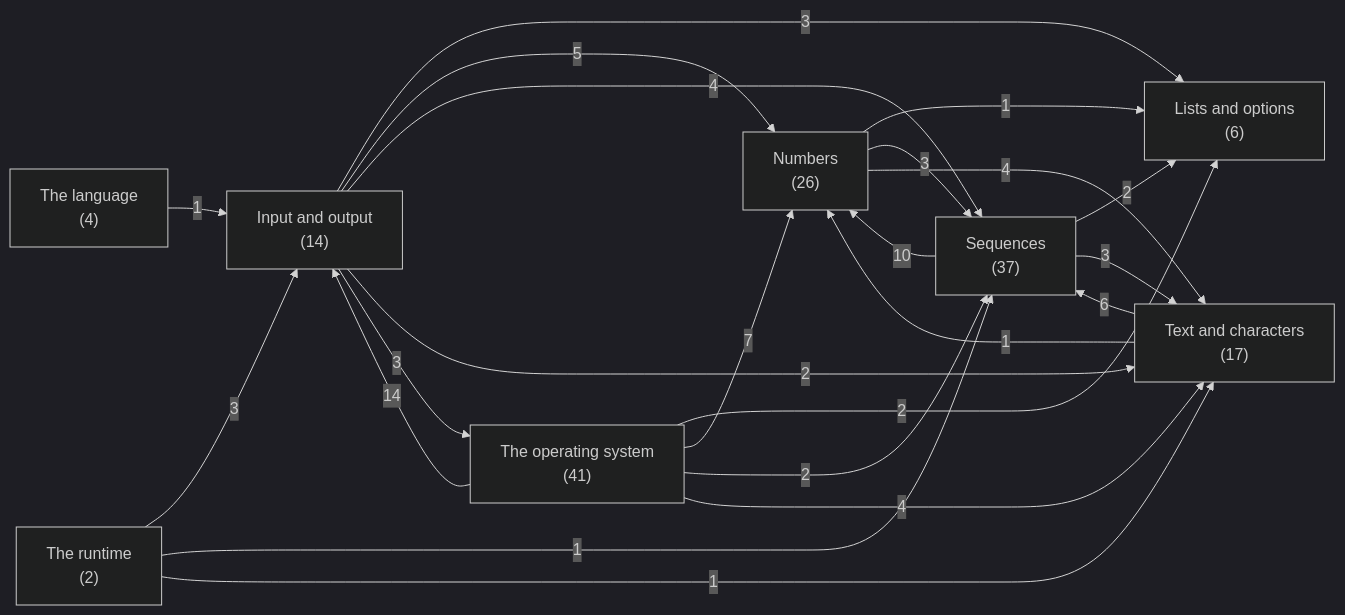
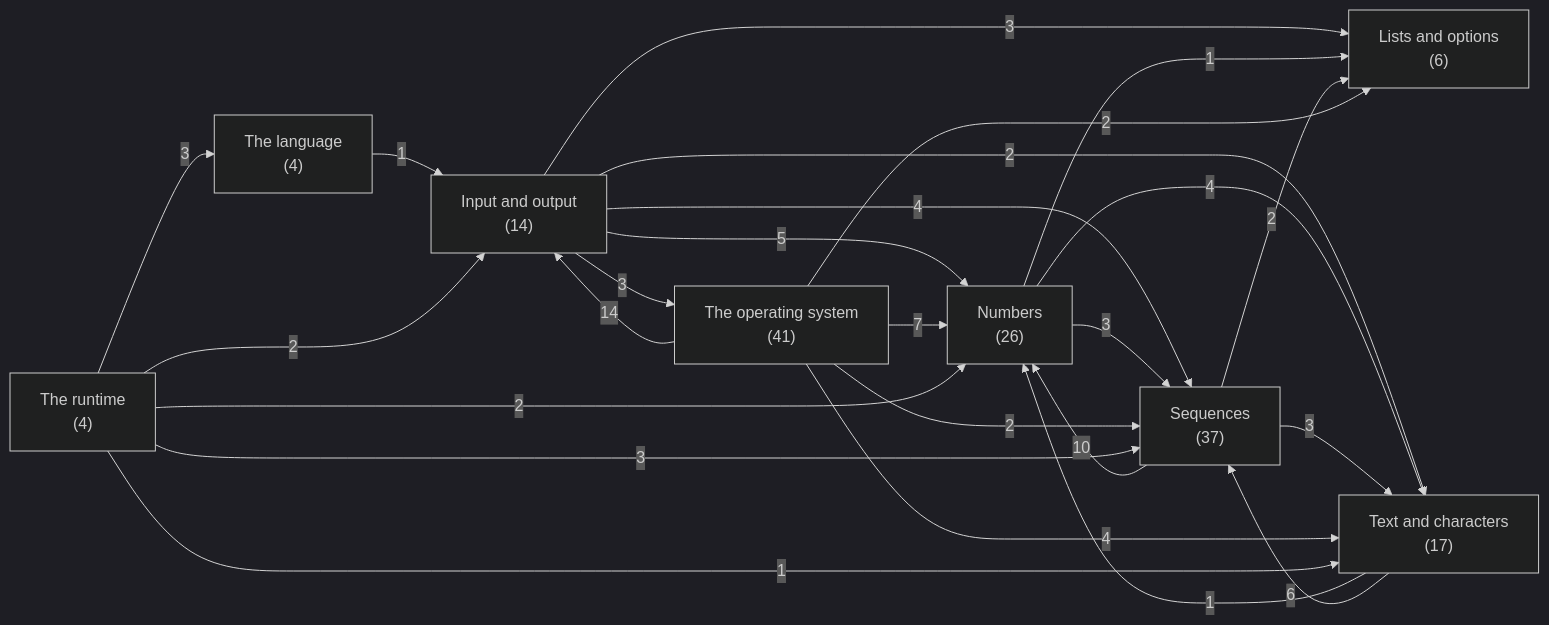
One commit to ruudkoot/rune changed the first of 9 diagrams in docs/generated/basis/depends.md. Above: the diagram before and after it, drawn with Mermaid (dark theme). The commit also changed other lines of this file and 128 other files, not shown here.

````diff
--- a/docs/generated/basis/depends.md
+++ b/docs/generated/basis/depends.md
@@ -24,33 +24,35 @@
 ```mermaid
 flowchart LR
   a0["The language<br>(4)"]
   a1["Text and characters<br>(17)"]
   a2["Lists and options<br>(6)"]
   a3["Numbers<br>(26)"]
   a4["Sequences<br>(37)"]
   a5["The operating system<br>(41)"]
   a6["Input and output<br>(14)"]
-  a7["The runtime<br>(2)"]
+  a7["The runtime<br>(4)"]
   a6 -- 3 --> a2
   a6 -- 5 --> a3
   a6 -- 4 --> a4
   a6 -- 2 --> a1
   a6 -- 3 --> a5
   a3 -- 1 --> a2
   a3 -- 3 --> a4
   a3 -- 4 --> a1
   a4 -- 2 --> a2
   a4 -- 10 --> a3
   a4 -- 3 --> a1
   a1 -- 1 --> a3
   a1 -- 6 --> a4
   a0 -- 1 --> a6
   a5 -- 14 --> a6
   a5 -- 2 --> a2
   a5 -- 7 --> a3
   a5 -- 2 --> a4
   a5 -- 4 --> a1
-  a7 -- 3 --> a6
-  a7 -- 1 --> a4
+  a7 -- 2 --> a6
+  a7 -- 2 --> a3
+  a7 -- 3 --> a4
   a7 -- 1 --> a1
+  a7 -- 3 --> a0
 ```
````
